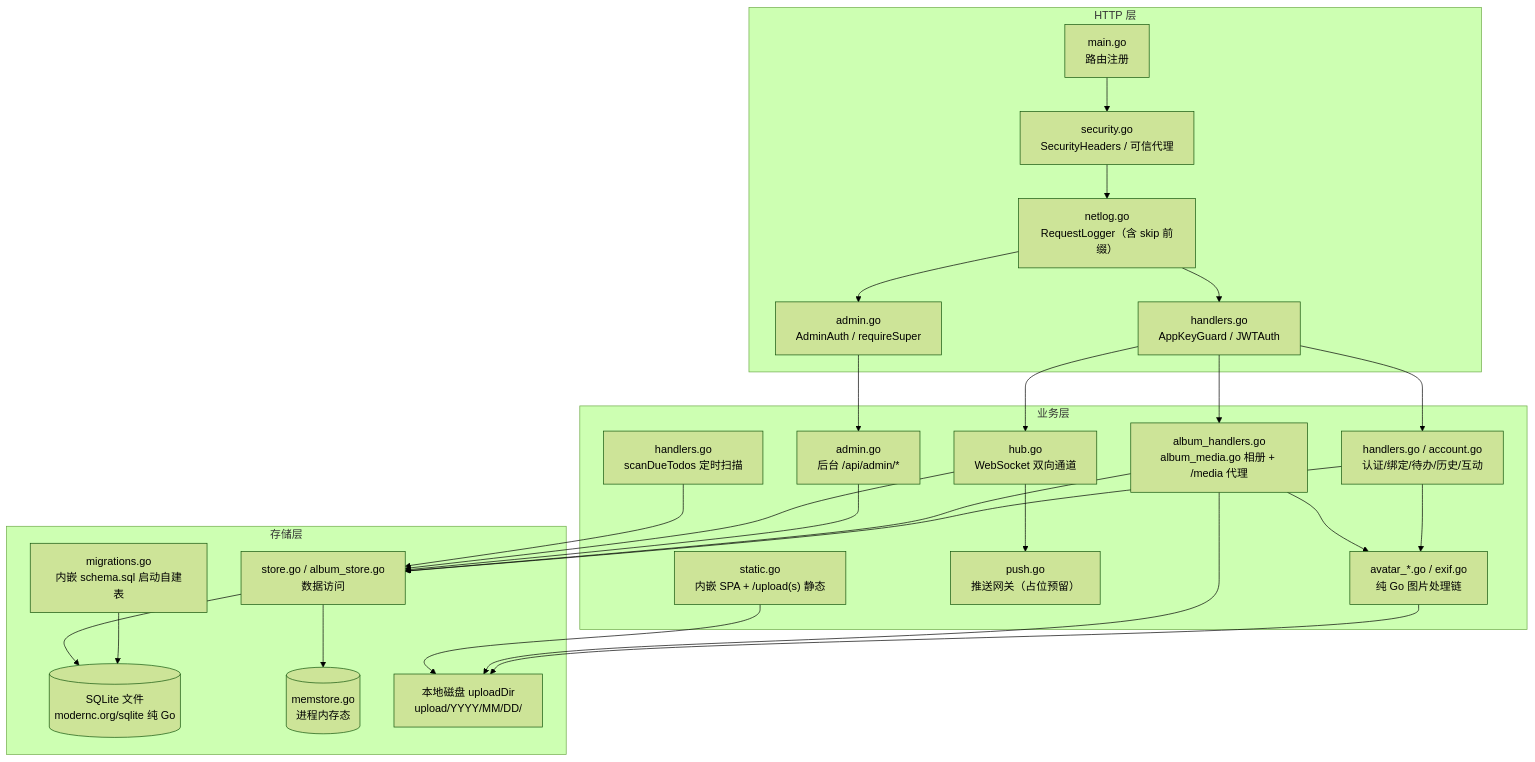
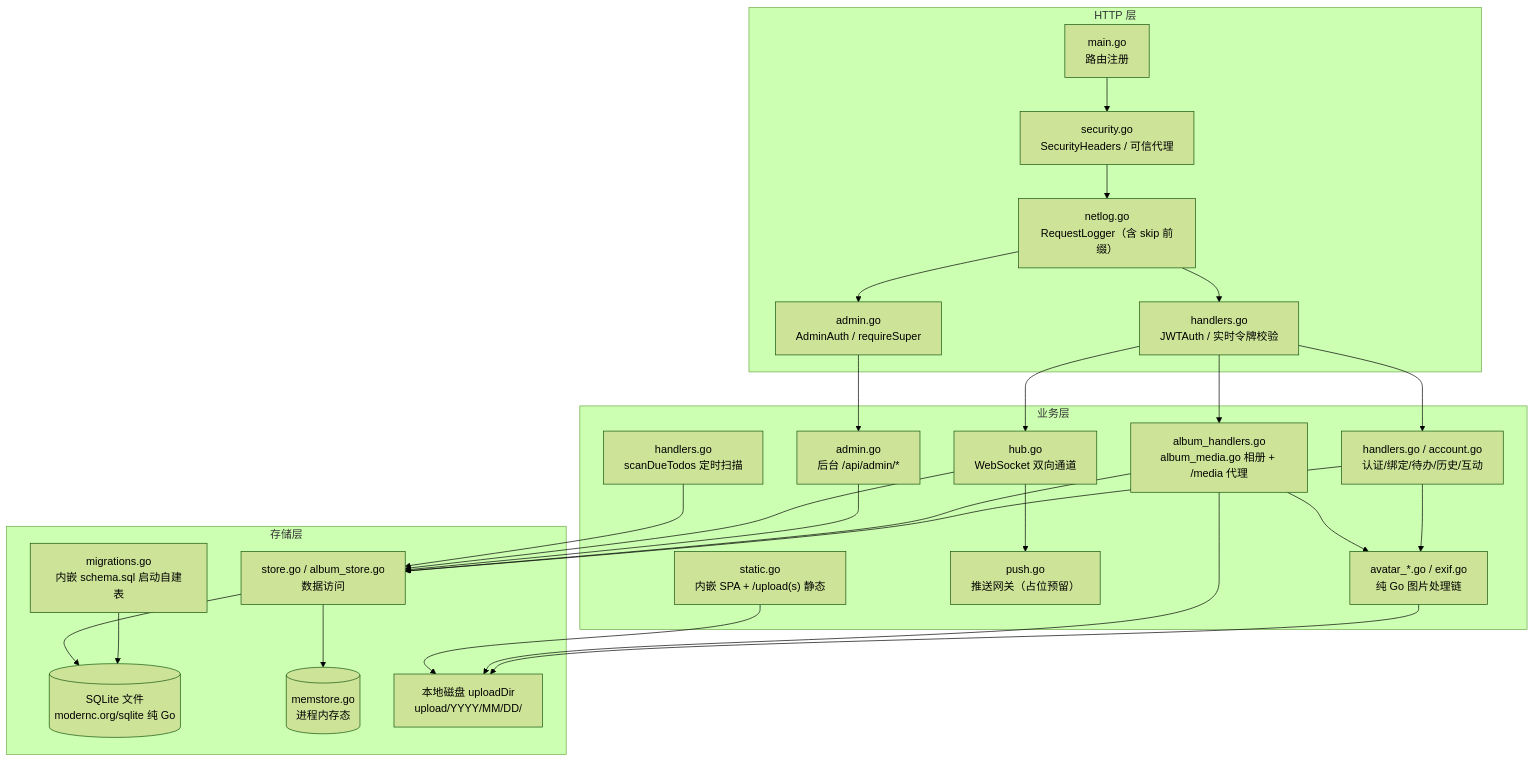
Before and after one commit to Lxii-Build/LxDay: the second of 10 diagrams in ARCHITECTURE.md, drawn with Mermaid (forest theme). The commit also changed other lines of this file and 51 other files, not shown here.

````diff
--- a/ARCHITECTURE.md
+++ b/ARCHITECTURE.md
@@ -200,52 +200,52 @@
 ```mermaid
 graph TD
     subgraph "HTTP 层"
         ROUTE["main.go<br/>路由注册"]
         SEC["security.go<br/>SecurityHeaders / 可信代理"]
         NETLOG["netlog.go<br/>RequestLogger（含 skip 前缀）"]
-        AUTH["handlers.go<br/>AppKeyGuard / JWTAuth"]
+        AUTH["handlers.go<br/>JWTAuth / 实时令牌校验"]
         ADMINAUTH["admin.go<br/>AdminAuth / requireSuper"]
     end
 
     subgraph "业务层"
         H["handlers.go / account.go<br/>认证/绑定/待办/历史/互动"]
         ALB["album_handlers.go<br/>album_media.go 相册 + /media 代理"]
         AVA["avatar_*.go / exif.go<br/>纯 Go 图片处理链"]
         ADM["admin.go<br/>后台 /api/admin/*"]
         HUBN["hub.go<br/>WebSocket 双向通道"]
         PUSH["push.go<br/>推送网关（占位预留）"]
         SCAN["handlers.go<br/>scanDueTodos 定时扫描"]
         STATIC["static.go<br/>内嵌 SPA + /upload(s) 静态"]
     end
 
     subgraph "存储层"
         STORE["store.go / album_store.go<br/>数据访问"]
         MIG["migrations.go<br/>内嵌 schema.sql 启动自建表"]
         SQLITE[("SQLite 文件<br/>modernc.org/sqlite 纯 Go")]
         MEM[("memstore.go<br/>进程内存态")]
         DISK["本地磁盘 uploadDir<br/>upload/YYYY/MM/DD/"]
     end
 
     ROUTE --> SEC
     SEC --> NETLOG
     NETLOG --> AUTH
     NETLOG --> ADMINAUTH
     AUTH --> H
     AUTH --> ALB
     AUTH --> HUBN
     ADMINAUTH --> ADM
     H --> AVA
     ALB --> AVA
     H --> STORE
     ALB --> STORE
     ADM --> STORE
     HUBN --> STORE
     SCAN --> STORE
     AVA --> DISK
     ALB --> DISK
     STATIC --> DISK
     MIG --> SQLITE
     STORE --> SQLITE
     STORE --> MEM
     HUBN --> PUSH
 ```
````
